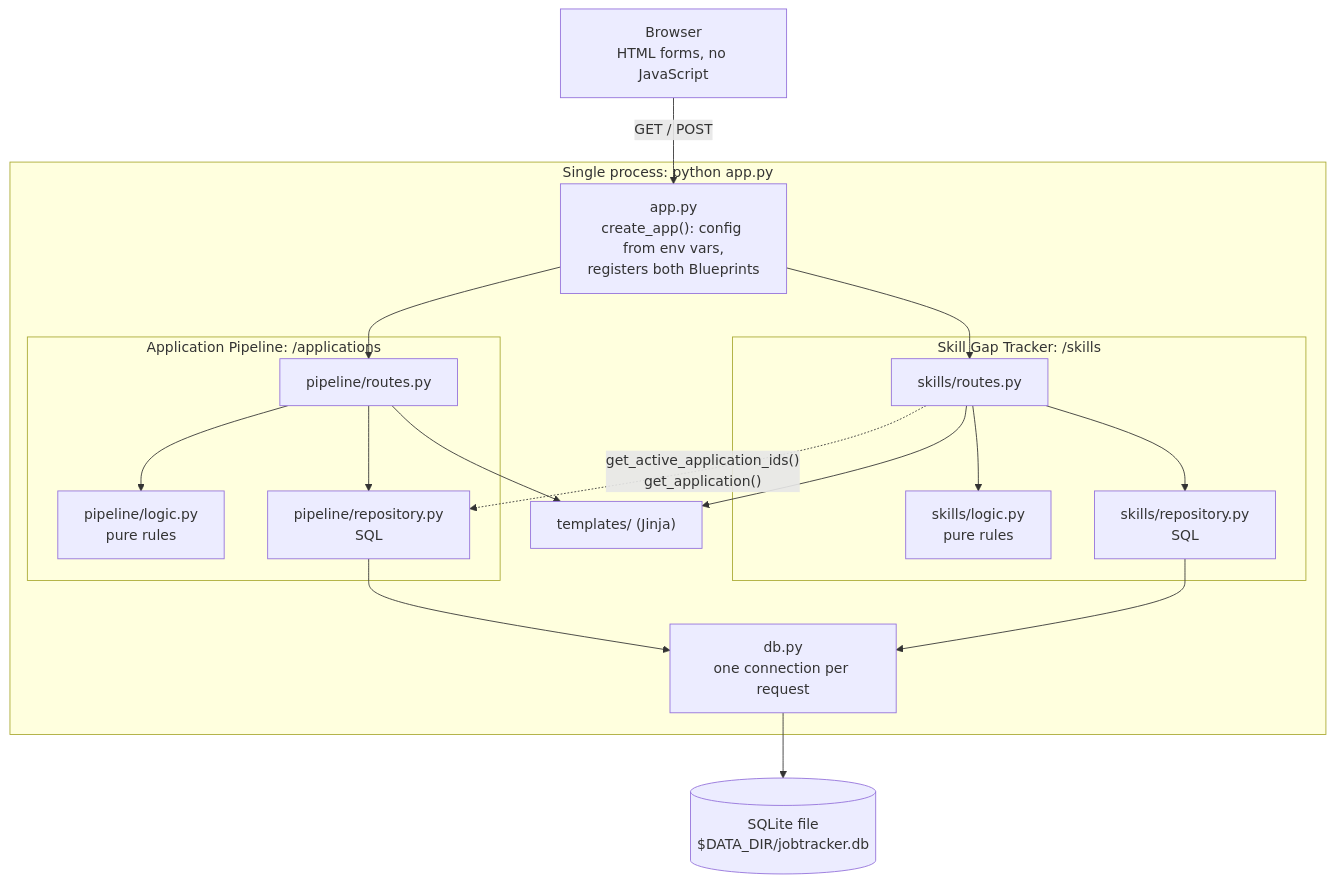
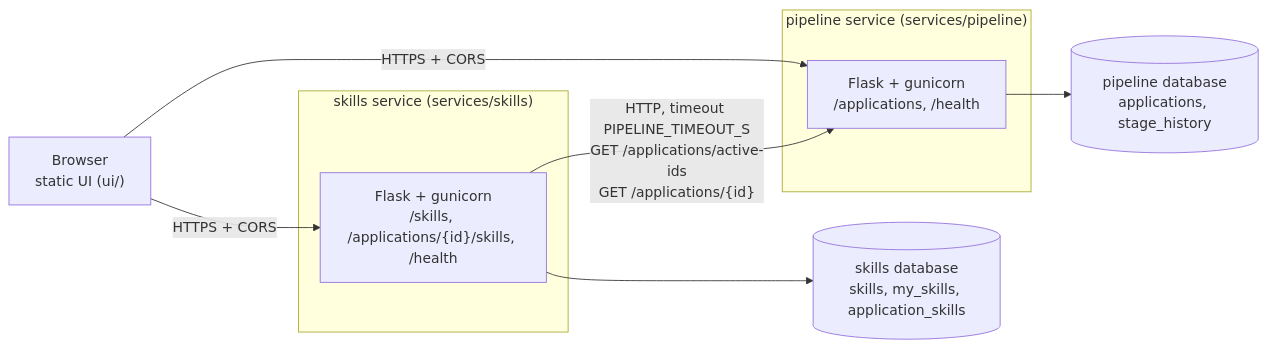
The diagram in README.md (alemol123/JobSearchTracker), drawn with Mermaid before and after one commit. The commit also changed other lines of this file, not shown here.

Commit message:
Rewrite README for the two-service system, deployment and Azure setup

````diff
--- a/README.md
+++ b/README.md
@@ -144,39 +26,18 @@
 ```mermaid
-flowchart TB
-    Browser["Browser<br/>HTML forms, no JavaScript"]
+flowchart LR
+    Browser["Browser<br/>static UI (ui/)"]
+    subgraph P["pipeline service (services/pipeline)"]
+        PAPI["Flask + gunicorn<br/>/applications, /health"]
+    end
+    subgraph S["skills service (services/skills)"]
+        SAPI["Flask + gunicorn<br/>/skills, /applications/{id}/skills, /health"]
+    end
+    PDB[("pipeline database<br/>applications, stage_history")]
+    SDB[("skills database<br/>skills, my_skills, application_skills")]
 
-    subgraph Process["Single process: python app.py"]
-        App["app.py<br/>create_app(): config from env vars,<br/>registers both Blueprints"]
-
-        subgraph Pipeline["Application Pipeline: /applications"]
-            PRoutes["pipeline/routes.py"]
-            PLogic["pipeline/logic.py<br/>pure rules"]
-            PRepo["pipeline/repository.py<br/>SQL"]
-        end
-
-        subgraph Skills["Skill Gap Tracker: /skills"]
-            SRoutes["skills/routes.py"]
-            SLogic["skills/logic.py<br/>pure rules"]
-            SRepo["skills/repository.py<br/>SQL"]
-        end
-
-        Templates["templates/ (Jinja)"]
-        DB["db.py<br/>one connection per request"]
-    end
-
-    File[("SQLite file<br/>$DATA_DIR/jobtracker.db")]
-
-    Browser -- "GET / POST" --> App
-    App --> PRoutes
-    App --> SRoutes
-    PRoutes --> PLogic
-    PRoutes --> PRepo
-    SRoutes --> SLogic
-    SRoutes --> SRepo
-    SRoutes -. "get_active_application_ids()<br/>get_application()" .-> PRepo
-    PRoutes --> Templates
-    SRoutes --> Templates
-    PRepo --> DB
-    SRepo --> DB
-    DB --> File
+    Browser -- "HTTPS + CORS" --> PAPI
+    Browser -- "HTTPS + CORS" --> SAPI
+    SAPI -- "HTTP, timeout PIPELINE_TIMEOUT_S<br/>GET /applications/active-ids<br/>GET /applications/{id}" --> PAPI
+    PAPI --> PDB
+    SAPI --> SDB
 ```
````
